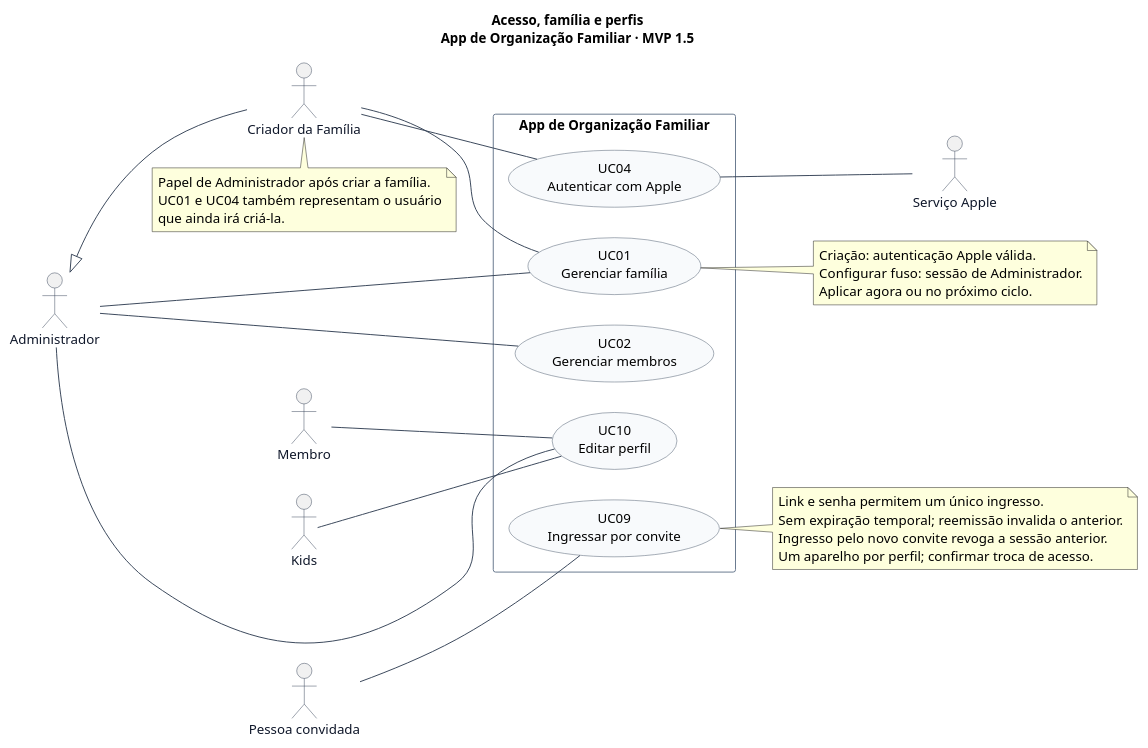
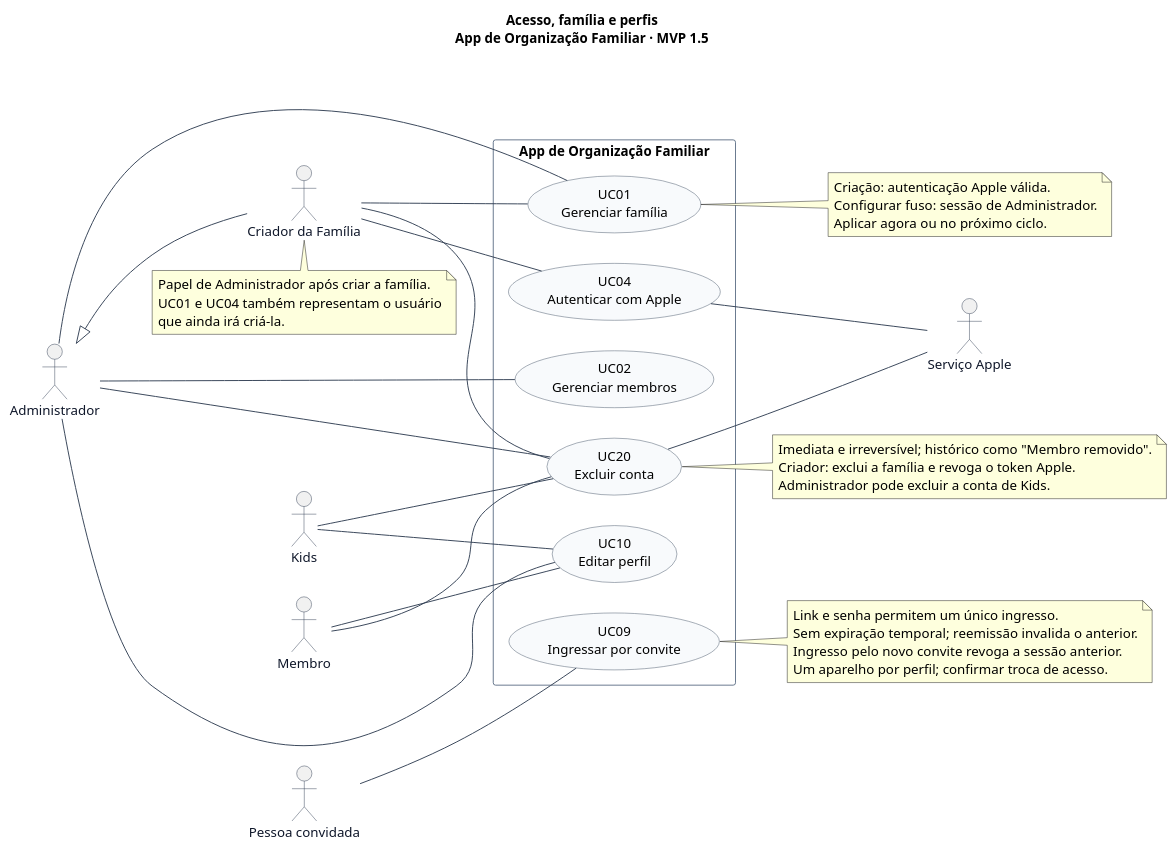
One commit to lizandramalta/App-Rotina-Familiar changed the diagram in docs/diagramas/casos-de-uso/02-acesso-familia-perfis.puml. Above: the diagram before and after it, drawn with PlantUML. The commit also changed 18 other files, not shown here.

First line of the commit message:
docs(spec-022): specify in-app account deletion and Apple token storage

```diff
--- a/docs/diagramas/casos-de-uso/02-acesso-familia-perfis.puml
+++ b/docs/diagramas/casos-de-uso/02-acesso-familia-perfis.puml
@@ -1,61 +1,73 @@
 @startuml
 ' Fonte editável. Renderização: java -jar plantuml.jar -charset UTF-8 -tsvg *.puml
 left to right direction
 skinparam shadowing false
 skinparam backgroundColor white
 skinparam defaultFontName SansSerif
 skinparam defaultFontSize 14
 skinparam ArrowColor #334155
 skinparam actorBorderColor #334155
 skinparam actorFontColor #0F172A
 skinparam usecaseBackgroundColor #F8FAFC
 skinparam usecaseBorderColor #475569
 skinparam rectangleBorderColor #64748B
 skinparam packageStyle rectangle
 skinparam nodesep 32
 skinparam ranksep 55
 title Acesso, família e perfis\nApp de Organização Familiar · MVP 1.5
 
 actor "Administrador" as Admin
 actor "Membro" as Membro
 actor "Kids" as Kids
 actor "Criador da Família" as Criador
 actor "Pessoa convidada" as Convidado
 actor "Serviço Apple" as Apple
 
 rectangle "App de Organização Familiar" {
   usecase "UC01\nGerenciar família" as UC01
   usecase "UC02\nGerenciar membros" as UC02
   usecase "UC04\nAutenticar com Apple" as UC04
   usecase "UC09\nIngressar por convite" as UC09
   usecase "UC10\nEditar perfil" as UC10
+  usecase "UC20\nExcluir conta" as UC20
 }
 
 Admin -- UC01
 Admin -- UC02
 Admin -- UC10
 Membro -- UC10
 Kids -- UC10
+Admin -- UC20
+Membro -- UC20
+Kids -- UC20
+Criador -- UC20
 Criador -- UC01
 Criador -- UC04
 Convidado -- UC09
 UC04 -- Apple
+UC20 -- Apple
 Criador -up-|> Admin
 note bottom of Criador
   Papel de Administrador após criar a família.
   UC01 e UC04 também representam o usuário
   que ainda irá criá-la.
 end note
 note right of UC01
   Criação: autenticação Apple válida.
   Configurar fuso: sessão de Administrador.
   Aplicar agora ou no próximo ciclo.
 end note
 note right of UC09
   Link e senha permitem um único ingresso.
   Sem expiração temporal; reemissão invalida o anterior.
   Ingresso pelo novo convite revoga a sessão anterior.
   Um aparelho por perfil; confirmar troca de acesso.
 end note
 
+note right of UC20
+  Imediata e irreversível; histórico como "Membro removido".
+  Criador: exclui a família e revoga o token Apple.
+  Administrador pode excluir a conta de Kids.
+end note
+
 @enduml
```
